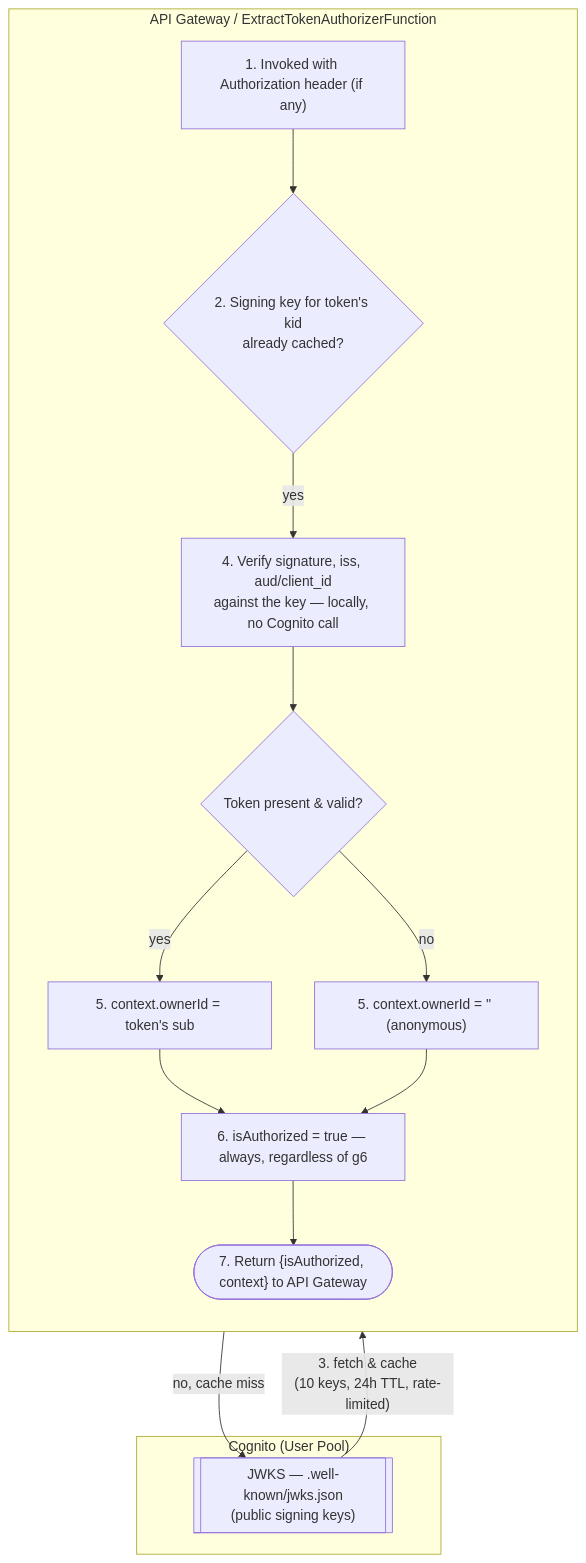
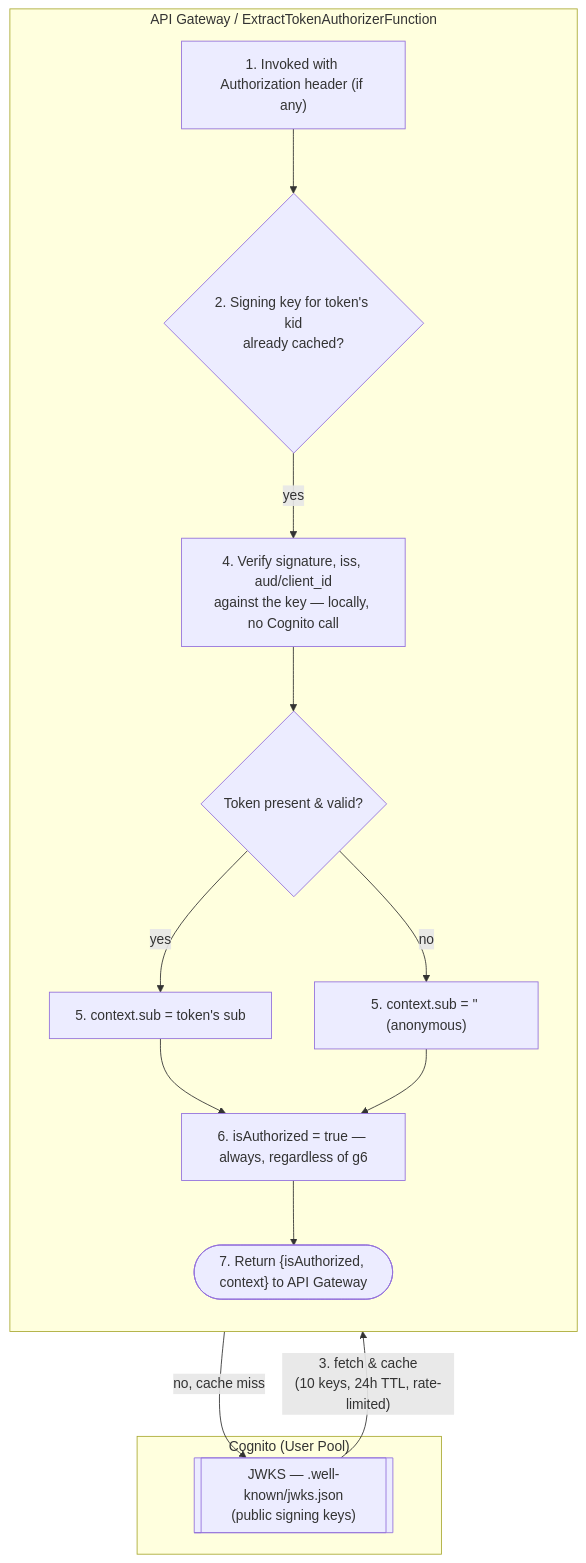
One commit to hinn1411/tylink changed the diagram in docs/learning/05-cognito-and-lambda-authorizers.md. Above: the diagram before and after it, drawn with Mermaid. The commit also changed other lines of this file and 40 other files, not shown here.

````diff
--- a/docs/learning/05-cognito-and-lambda-authorizers.md
+++ b/docs/learning/05-cognito-and-lambda-authorizers.md
@@ -89,27 +89,27 @@
 ```mermaid
 flowchart TD
     subgraph Authorizer["API Gateway / ExtractTokenAuthorizerFunction"]
         direction TB
         g1["1. Invoked with Authorization header (if any)"]
         g2{"2. Signing key for token's kid<br/>already cached?"}
         g5["4. Verify signature, iss, aud/client_id<br/>against the key — locally, no Cognito call"]
         g6{"Token present & valid?"}
-        g7["5. context.ownerId = token's sub"]
-        g8["5. context.ownerId = '' (anonymous)"]
+        g7["5. context.sub = token's sub"]
+        g8["5. context.sub = '' (anonymous)"]
         g9["6. isAuthorized = true — always, regardless of g6"]
         g10(["7. Return {isAuthorized, context} to API Gateway"])
         g1 --> g2
         g2 -->|yes| g5
         g6 -->|yes| g7 --> g9
         g6 -->|no| g8 --> g9
         g5 --> g6
         g9 --> g10
     end
 
     subgraph Cognito["Cognito (User Pool)"]
         co1[["JWKS — .well-known/jwks.json<br/>(public signing keys)"]]
     end
 
     g2 -->|no, cache miss| co1
     co1 -->|"3. fetch & cache<br/>(10 keys, 24h TTL, rate-limited)"| g5
 ```
````
